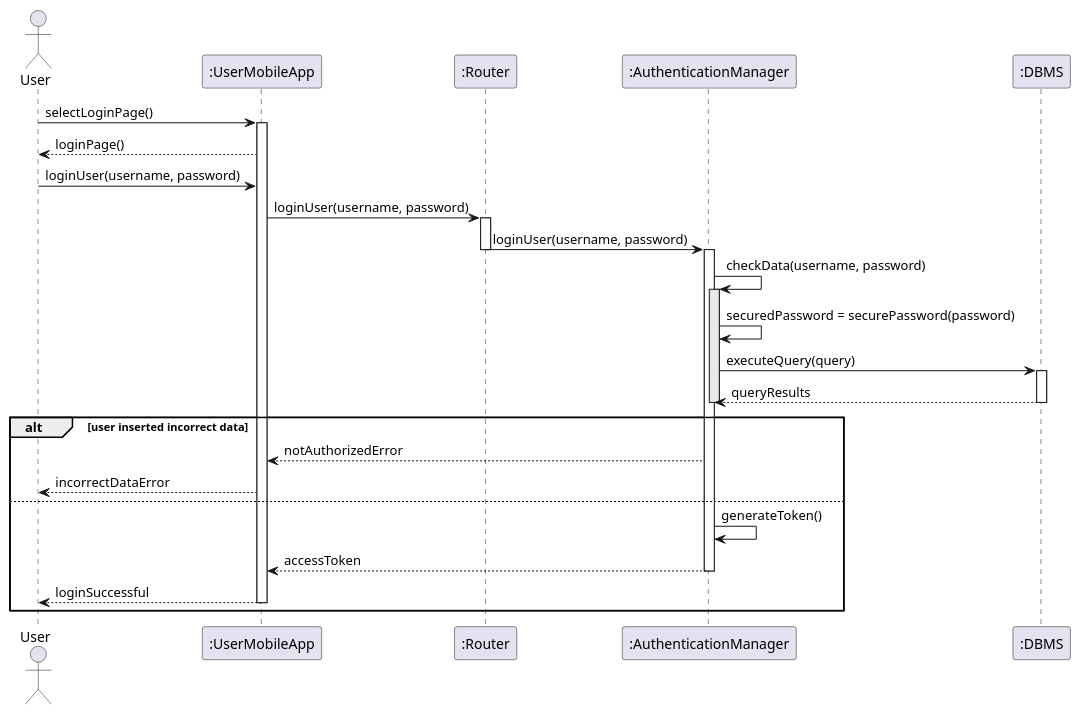
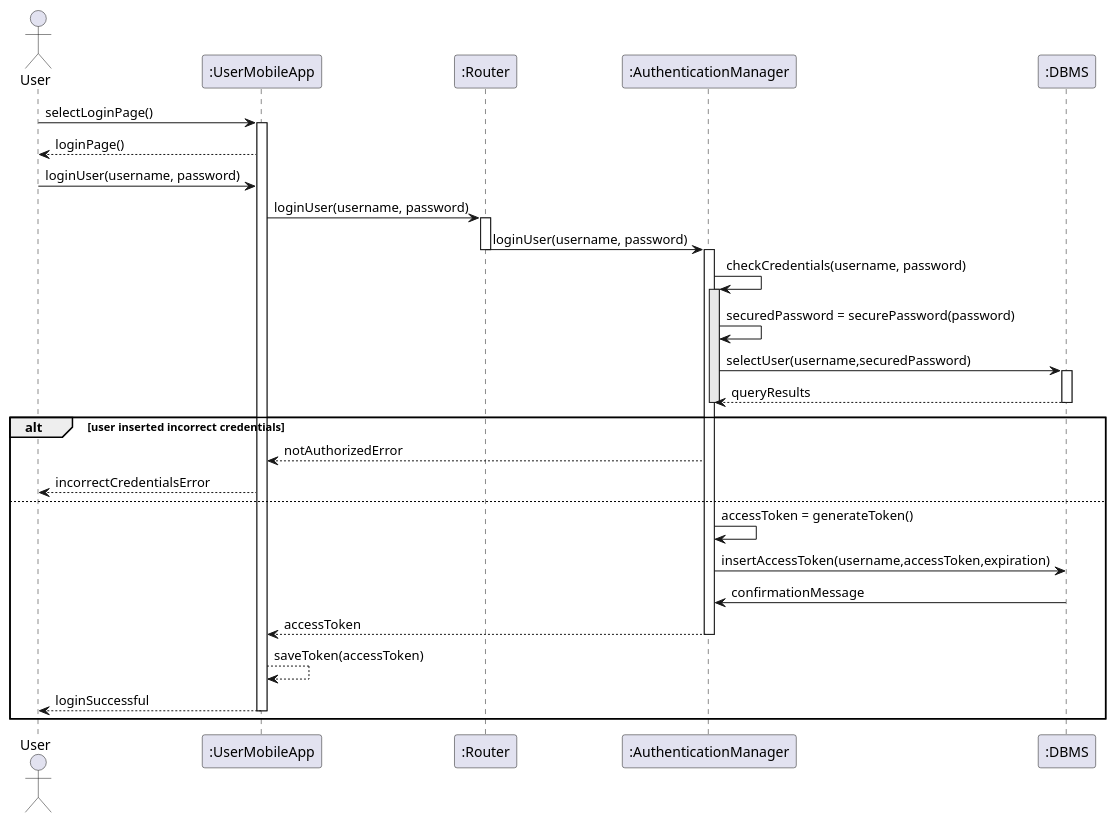
One commit to fuljo/FulginiDiCesare-SE2 changed the diagram in diagrams/dd_sequence_diagram_uc_1_2.wsd. Above: the diagram before and after it, drawn with PlantUML. The commit also changed 1 other file, not shown here.

Commit message:
Improve clarity in SD for user login
- use the name "credentials" instead of generic "data"
- use select method on DBMS
- the token gets stored in the DB
- the token is also cached by the frontend application
- add text to explain that the process is analogous for the operator

```diff
--- a/diagrams/dd_sequence_diagram_uc_1_2.wsd
+++ b/diagrams/dd_sequence_diagram_uc_1_2.wsd
@@ -1,38 +1,41 @@
 @startuml dd_sequence_diagram_uc_1_2
 skinparam Shadowing false
 
 actor User as U
 participant ":UserMobileApp" as UMA
 participant ":Router" as R
 participant ":AuthenticationManager" as AM
 participant ":DBMS" as DBMS
 
 U -> UMA : selectLoginPage()
 activate UMA
 UMA --> U : loginPage()
 U -> UMA : loginUser(username, password)
 UMA -> R : loginUser(username, password)
 activate R
 R -> AM : loginUser(username, password)
 deactivate R
 activate AM
-AM -> AM : checkData(username, password)
+AM -> AM : checkCredentials(username, password)
 activate AM #e8e8e8
 AM -> AM : securedPassword = securePassword(password)
-AM -> DBMS : executeQuery(query)
+AM -> DBMS : selectUser(username,securedPassword)
 activate DBMS
 DBMS --> AM : queryResults
 deactivate AM
 deactivate DBMS
-alt user inserted incorrect data
+alt user inserted incorrect credentials
 AM --> UMA : notAuthorizedError
-UMA --> U : incorrectDataError
+UMA --> U : incorrectCredentialsError
 else
-AM -> AM : generateToken()
+AM -> AM : accessToken = generateToken()
+AM -> DBMS : insertAccessToken(username,accessToken,expiration)
+DBMS -> AM : confirmationMessage
 AM --> UMA : accessToken
 deactivate AM
+UMA --> UMA : saveToken(accessToken)
 UMA --> U : loginSuccessful
 deactivate UMA
 end
 
 @enduml
```
